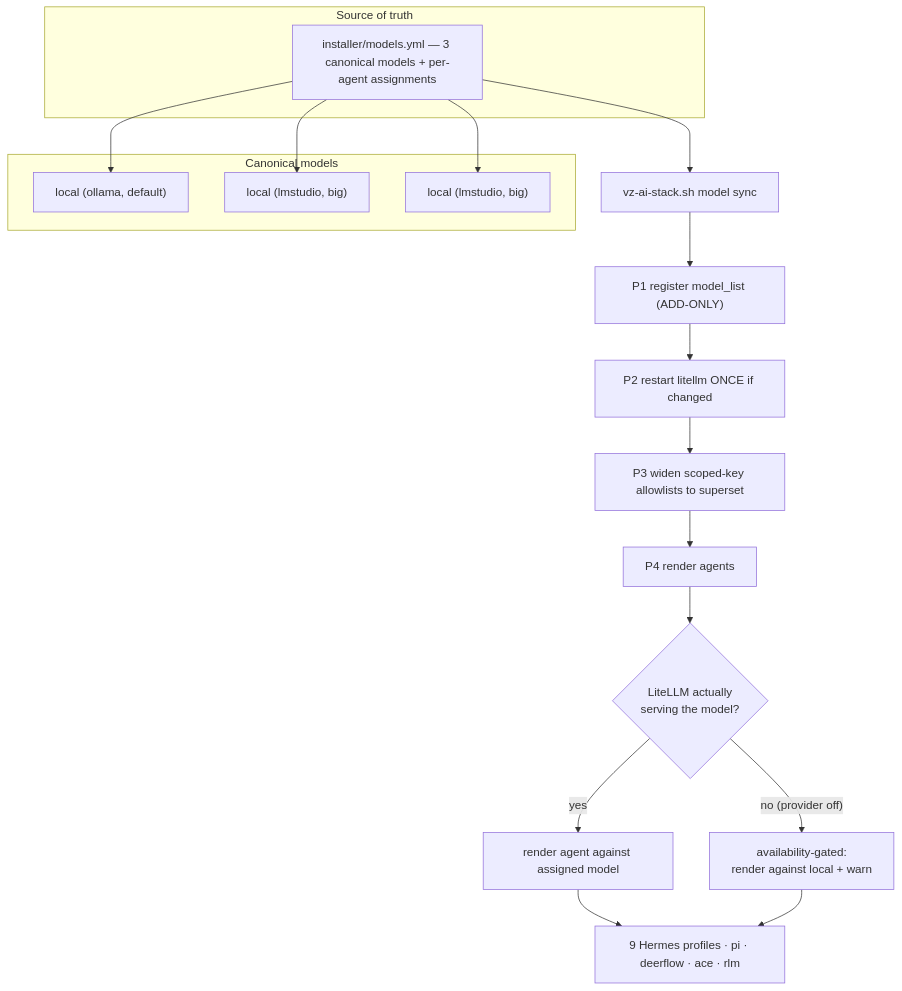
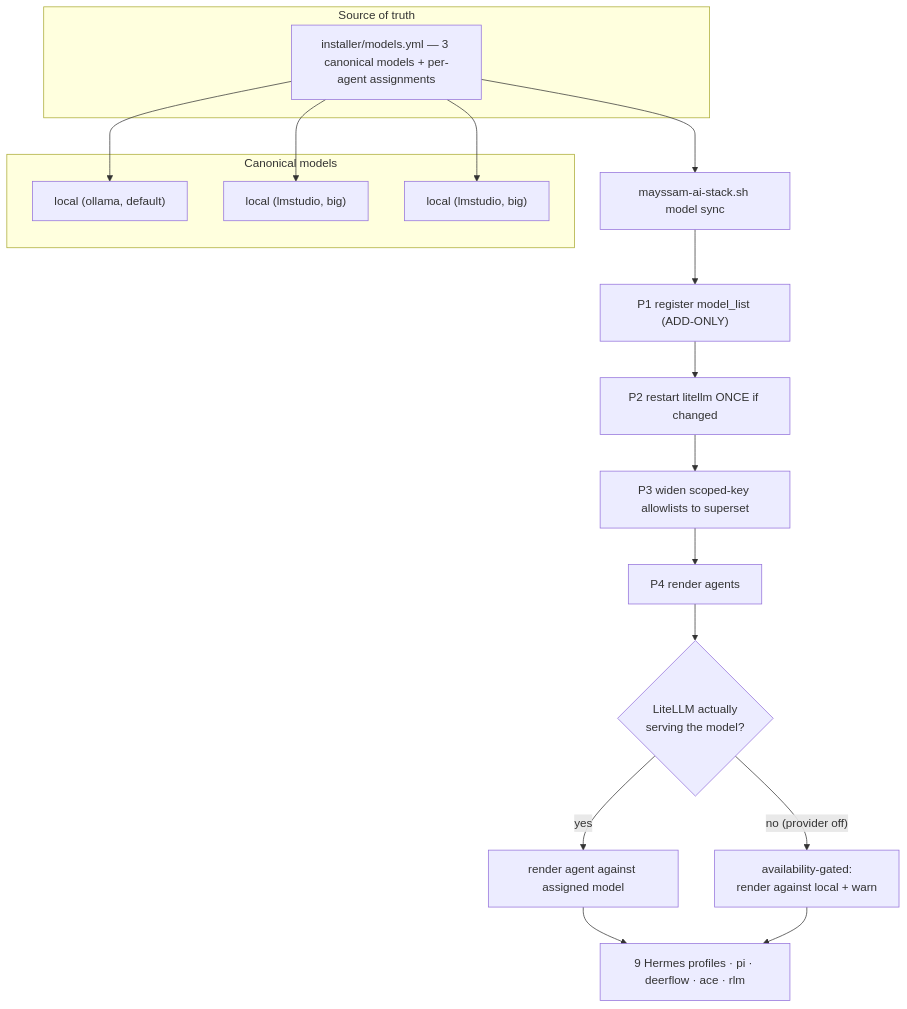
Before and after one commit to mayssamj/versatile-ai-stack: the fifth of 21 diagrams in doc/DIAGRAMS.md, drawn with Mermaid. The commit also changed other lines of this file and 279 other files, not shown here.

First line of the commit message:
refactor(rename): vz-ai-stack.sh → mayssam-ai-stack.sh; repo → mayssam-versatile-ai-stack

````diff
--- a/doc/DIAGRAMS.md
+++ b/doc/DIAGRAMS.md
@@ -321,31 +321,31 @@
 ```mermaid
 flowchart TB
   subgraph SoT[Source of truth]
     MY["installer/models.yml — 3 canonical models + per-agent assignments"]
   end
 
   subgraph Models[Canonical models]
     GM["local (ollama, default)"]
     Q36["local (lmstudio, big)"]
     QC["local (lmstudio, big)"]
   end
 
   MY --> GM
   MY --> Q36
   MY --> QC
 
-  Sync["vz-ai-stack.sh model sync"]
+  Sync["mayssam-ai-stack.sh model sync"]
   MY --> Sync
 
   Sync --> P1["P1 register model_list (ADD-ONLY)"]
   P1 --> P2["P2 restart litellm ONCE if changed"]
   P2 --> P3["P3 widen scoped-key allowlists to superset"]
   P3 --> P4["P4 render agents"]
 
   P4 --> Gate{LiteLLM actually<br/>serving the model?}
   Gate -- "yes" --> Bind["render agent against assigned model"]
   Gate -- "no (provider off)" --> Fall["availability-gated:<br/>render against local + warn"]
 
   Bind --> Agents["9 Hermes profiles · pi · deerflow · ace · rlm"]
   Fall --> Agents
 ```
````
